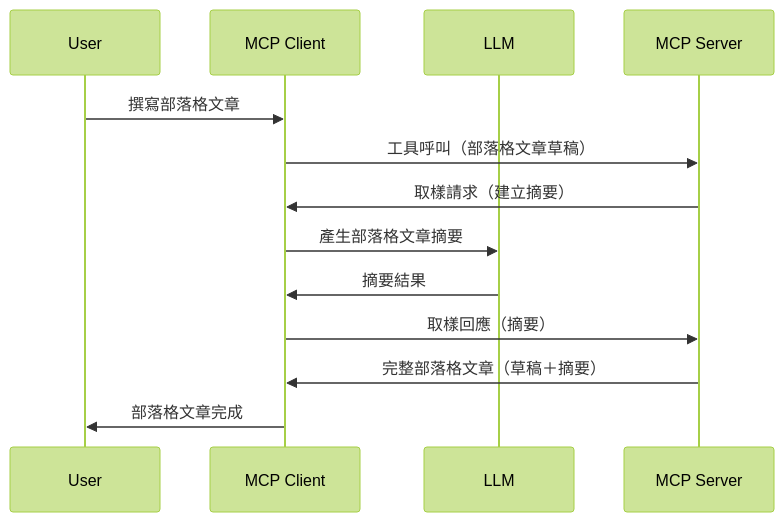
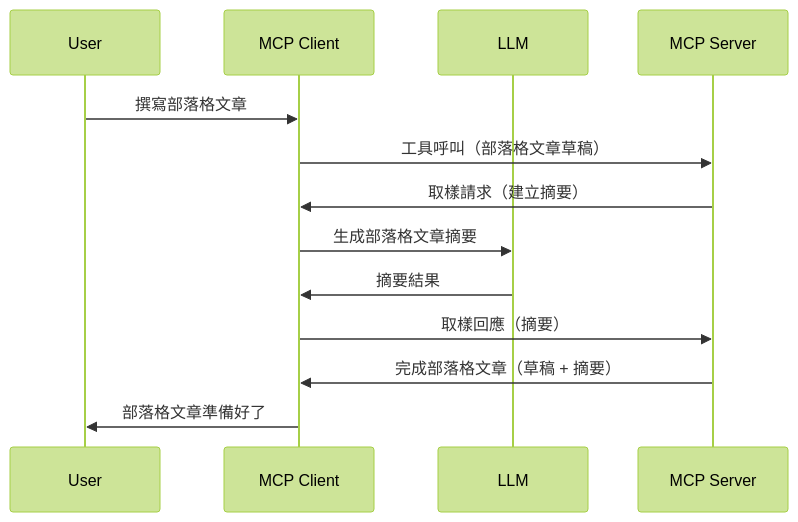
The diagram in mcp_ecosystem__model_context_protocol/mcp_learning_resources/mcp-for-beginners/translations/zh-TW/03-GettingStarted/14-sampling/README.md (HIDORAKAI002/ai-workspace-archive), drawn with Mermaid (forest theme) before and after one commit. The commit also changed other lines of this file and 1160 other files, not shown here.

````diff
--- a/mcp_ecosystem__model_context_protocol/mcp_learning_resources/mcp-for-beginners/translations/zh-TW/03-GettingStarted/14-sampling/README.md
+++ b/mcp_ecosystem__model_context_protocol/mcp_learning_resources/mcp-for-beginners/translations/zh-TW/03-GettingStarted/14-sampling/README.md
@@ -23,16 +23,16 @@
 ```mermaid
 sequenceDiagram
     participant User
     participant MCP Client
     participant LLM
     participant MCP Server
 
     User->>MCP Client: 撰寫部落格文章
     MCP Client->>MCP Server: 工具呼叫（部落格文章草稿）
     MCP Server->>MCP Client: 取樣請求（建立摘要）
-    MCP Client->>LLM: 產生部落格文章摘要
+    MCP Client->>LLM: 生成部落格文章摘要
     LLM->>MCP Client: 摘要結果
     MCP Client->>MCP Server: 取樣回應（摘要）
-    MCP Server->>MCP Client: 完整部落格文章（草稿＋摘要）
-    MCP Client->>User: 部落格文章完成
+    MCP Server->>MCP Client: 完成部落格文章（草稿 + 摘要）
+    MCP Client->>User: 部落格文章準備好了
 ```
````
